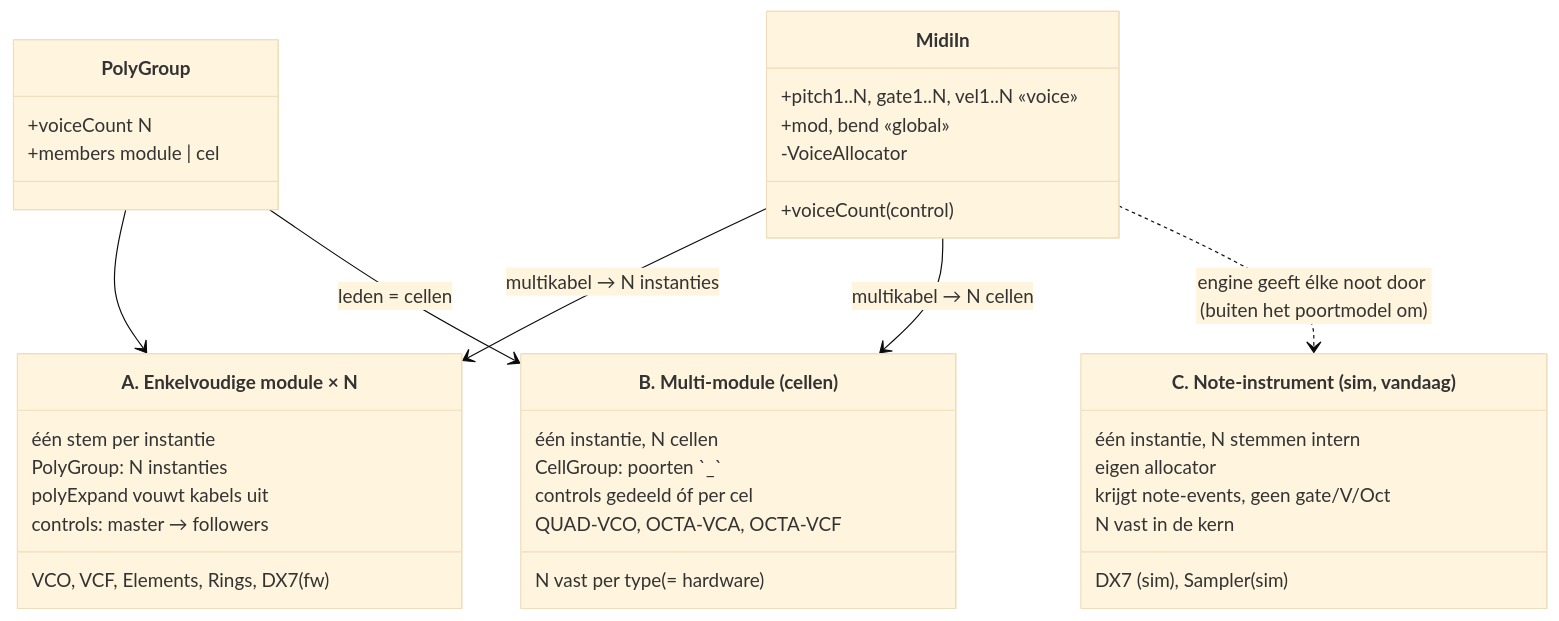
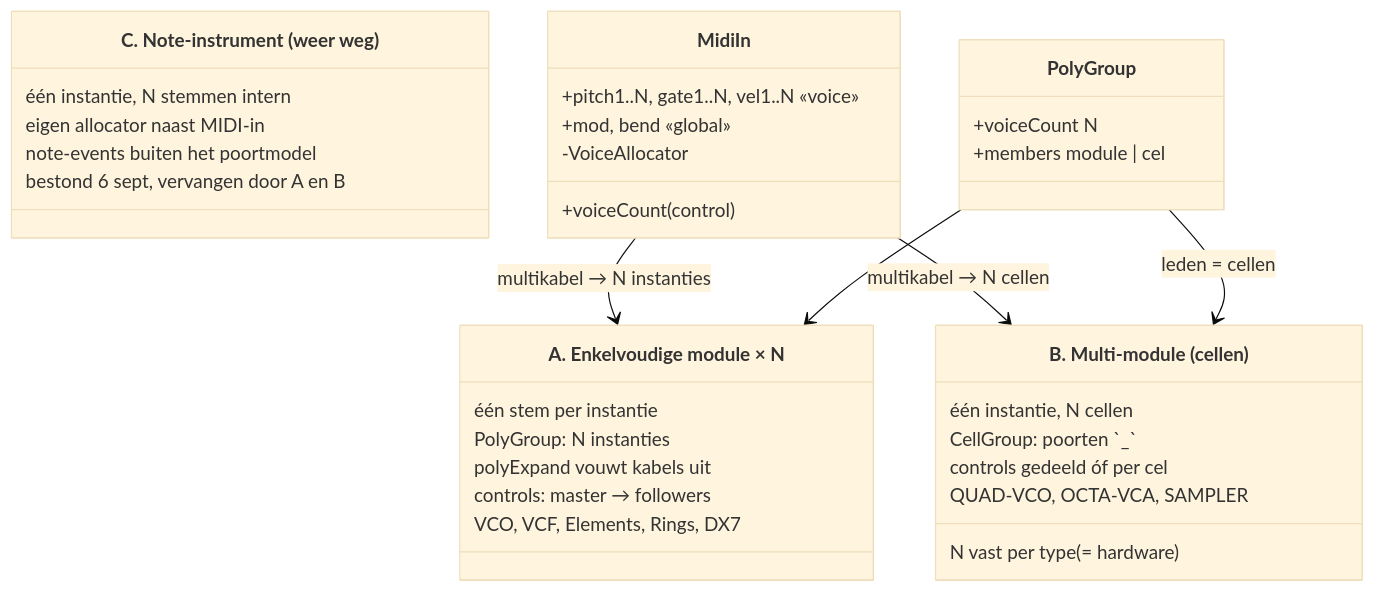
One commit to MarkWestbroek/MusicBrain changed the second of 4 diagrams in doc/uml/11-simulation-wasm.md. Above: the diagram before and after it, drawn with Mermaid (base theme). The commit also changed other lines of this file and 28 other files, not shown here.

First line of the commit message:
Construct C weg: sampler wordt multi-module (B), DX7-simulatie wordt ×N (A)

````diff
--- a/doc/uml/11-simulation-wasm.md
+++ b/doc/uml/11-simulation-wasm.md
@@ -97,43 +97,41 @@
 ```mermaid
 classDiagram
     direction TB
 
     class Enkelvoudig["A. Enkelvoudige module × N"] {
         één stem per instantie
         PolyGroup: N instanties
         polyExpand vouwt kabels uit
         controls: master → followers
-        VCO, VCF, Elements, Rings, DX7 (fw)
+        VCO, VCF, Elements, Rings, DX7
     }
     class Multi["B. Multi-module (cellen)"] {
         één instantie, N cellen
         CellGroup: poorten `<id>_<k>`
         controls gedeeld óf per cel
         N vast per type (= hardware)
-        QUAD-VCO, OCTA-VCA, OCTA-VCF
+        QUAD-VCO, OCTA-VCA, SAMPLER
     }
-    class NoteInstr["C. Note-instrument (sim, vandaag)"] {
+    class NoteInstr["C. Note-instrument (weer weg)"] {
         één instantie, N stemmen intern
-        eigen allocator
-        krijgt note-events, geen gate/V/Oct
-        N vast in de kern
-        DX7 (sim), Sampler (sim)
+        eigen allocator naast MIDI-in
+        note-events buiten het poortmodel
+        bestond 6 sept, vervangen door A en B
     }
 
     class PolyGroup {
         +voiceCount N
         +members  module | cel
     }
     class MidiIn {
         +voiceCount (control)
         +pitch1..N, gate1..N, vel1..N  «voice»
         +mod, bend  «global»
         -VoiceAllocator
     }
 
     MidiIn --> Enkelvoudig : multikabel → N instanties
     MidiIn --> Multi : multikabel → N cellen
-    MidiIn ..> NoteInstr : engine geeft élke noot door (buiten het poortmodel om)
     PolyGroup --> Enkelvoudig
     PolyGroup --> Multi : leden = cellen
 ```
````
